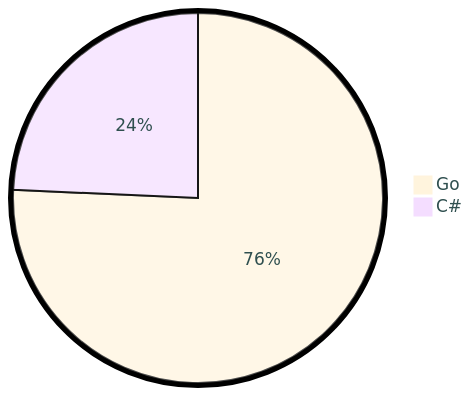
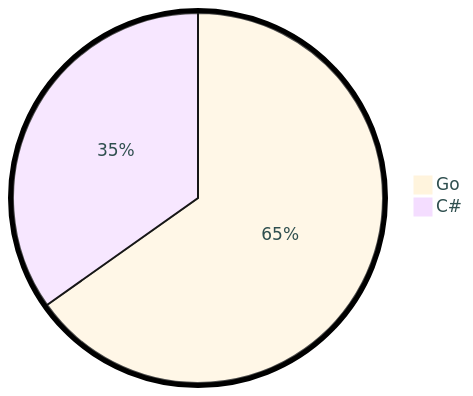
The diagram in README.md (tot0p/tot0p), drawn with Mermaid before and after one commit. The commit also changed other lines of this file, not shown here.

````diff
--- a/README.md
+++ b/README.md
@@ -69,6 +68,6 @@
 ```mermaid
 %%{init: {"pie": {"textPosition": 0.5}, "themeVariables": {"pieOuterStrokeWidth": "5px","primaryTextColor" : "#2F4F4F"},"theme":"base"} }%%
 pie
-	"Go": 75.7
-	"C#": 24.3
+	"Go": 65.19
+	"C#": 34.81
 ```
````
